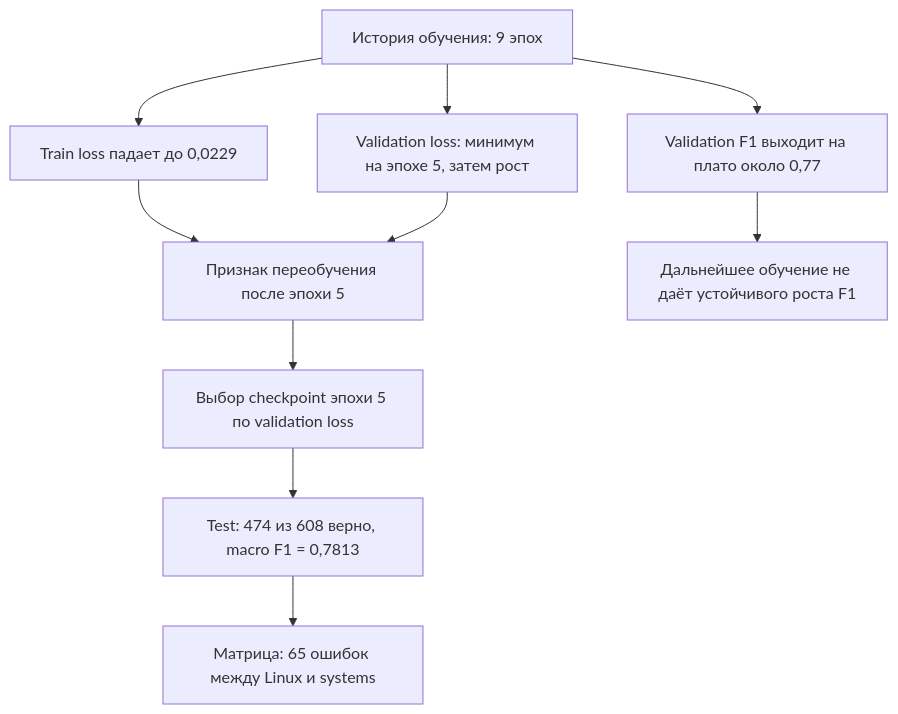
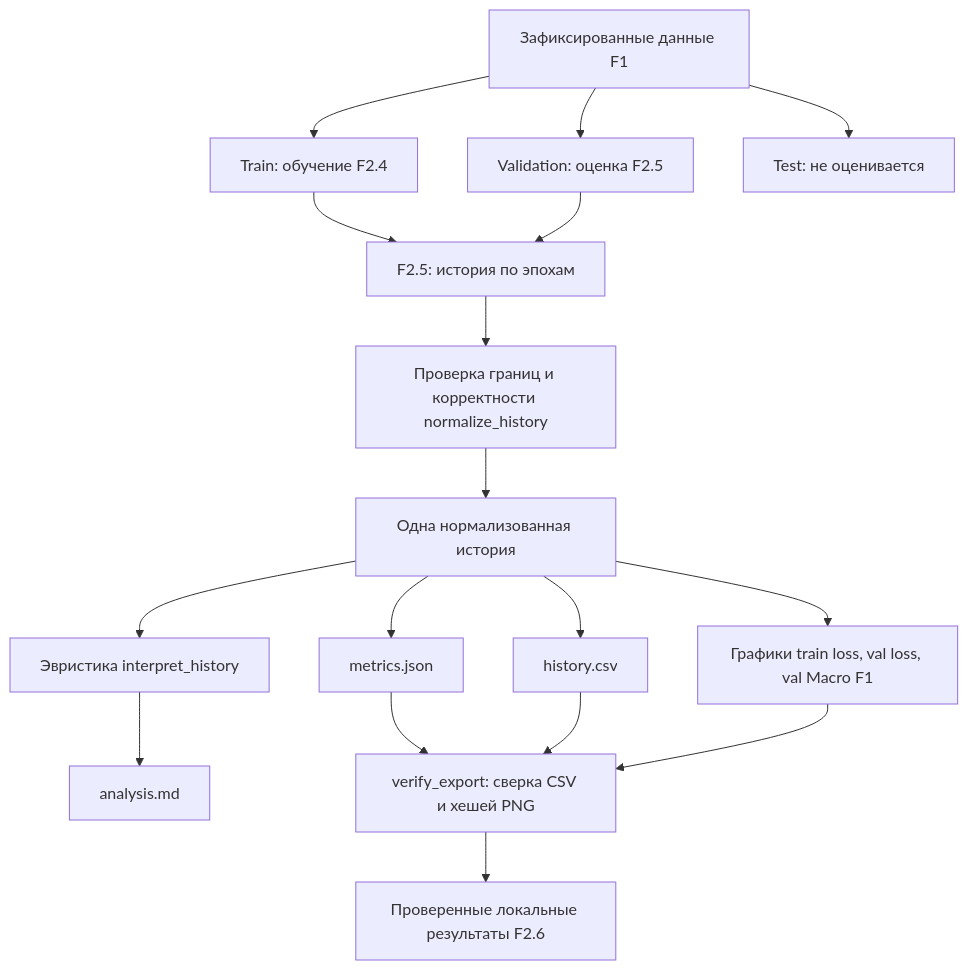
The diagram in docs/steps/F2_06_training_diagnostics.md (trasher88/ml-engineering-lab), drawn with Mermaid before and after one commit. The commit also changed other lines of this file and 7 other files, not shown here.

````diff
--- a/docs/steps/F2_06_training_diagnostics.md
+++ b/docs/steps/F2_06_training_diagnostics.md
@@ -67,12 +255,19 @@
 ```mermaid
 flowchart TD
-    A["История обучения: 9 эпох"] --> B["Train loss падает до 0,0229"]
-    A --> C["Validation loss: минимум на эпохе 5, затем рост"]
-    A --> D["Validation F1 выходит на плато около 0,77"]
-    B --> E["Признак переобучения после эпохи 5"]
-    C --> E
-    D --> F["Дальнейшее обучение не даёт устойчивого роста F1"]
-    E --> G["Выбор checkpoint эпохи 5 по validation loss"]
-    G --> H["Test: 474 из 608 верно, macro F1 = 0,7813"]
-    H --> I["Матрица: 65 ошибок между Linux и systems"]
+    A[Зафиксированные данные F1] --> T[Train: обучение F2.4]
+    A --> V[Validation: оценка F2.5]
+    A --> Z[Test: не оценивается]
+    T --> F[F2.5: история по эпохам]
+    V --> F
+    F --> B[Проверка границ и корректности normalize_history]
+    B --> C[Одна нормализованная история]
+    C --> D[history.csv]
+    C --> E[metrics.json]
+    C --> G[Графики train loss, val loss, val Macro F1]
+    C --> H[Эвристика interpret_history]
+    H --> I[analysis.md]
+    E --> J[verify_export: сверка CSV и хешей PNG]
+    D --> J
+    G --> J
+    J --> K[Проверенные локальные результаты F2.6]
 ```
````
